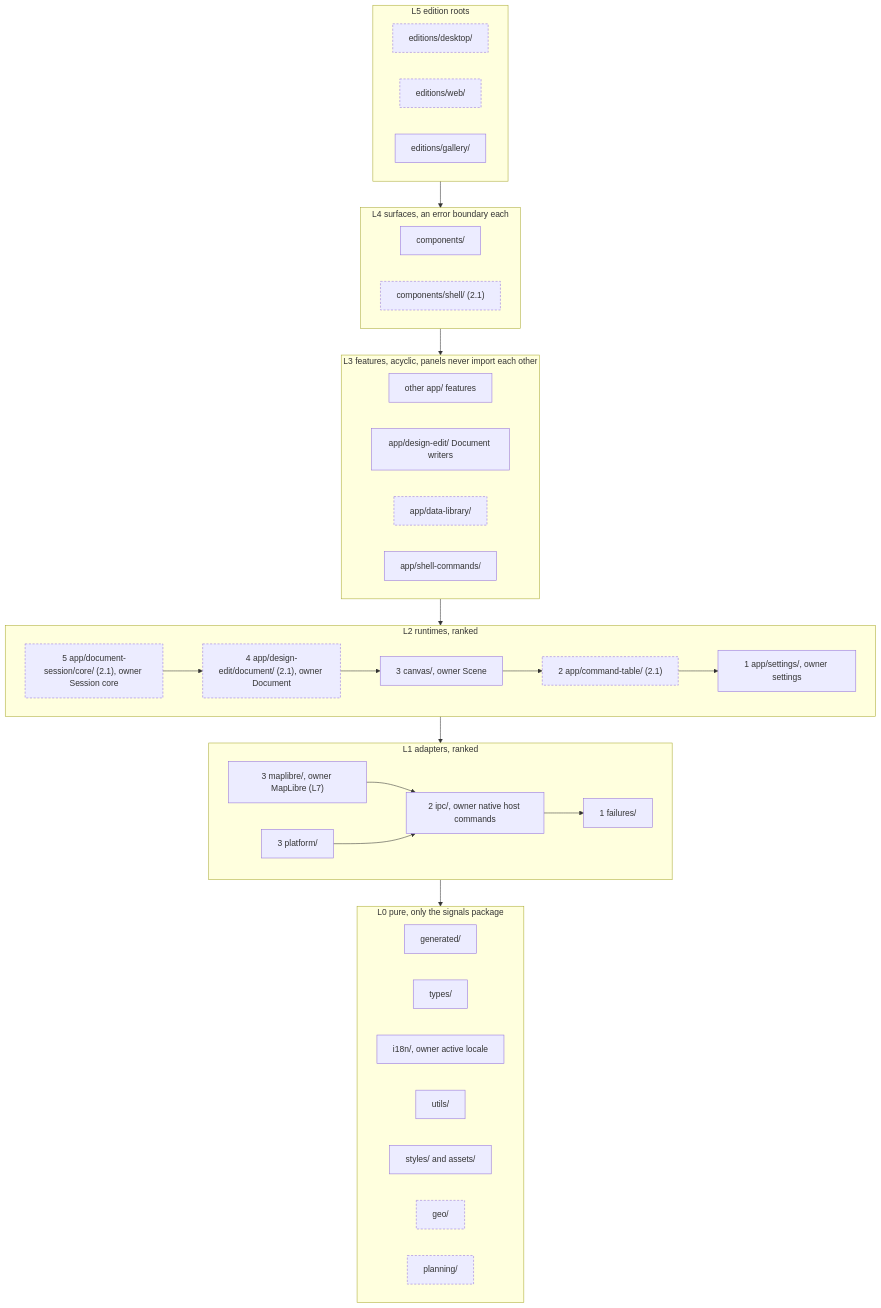
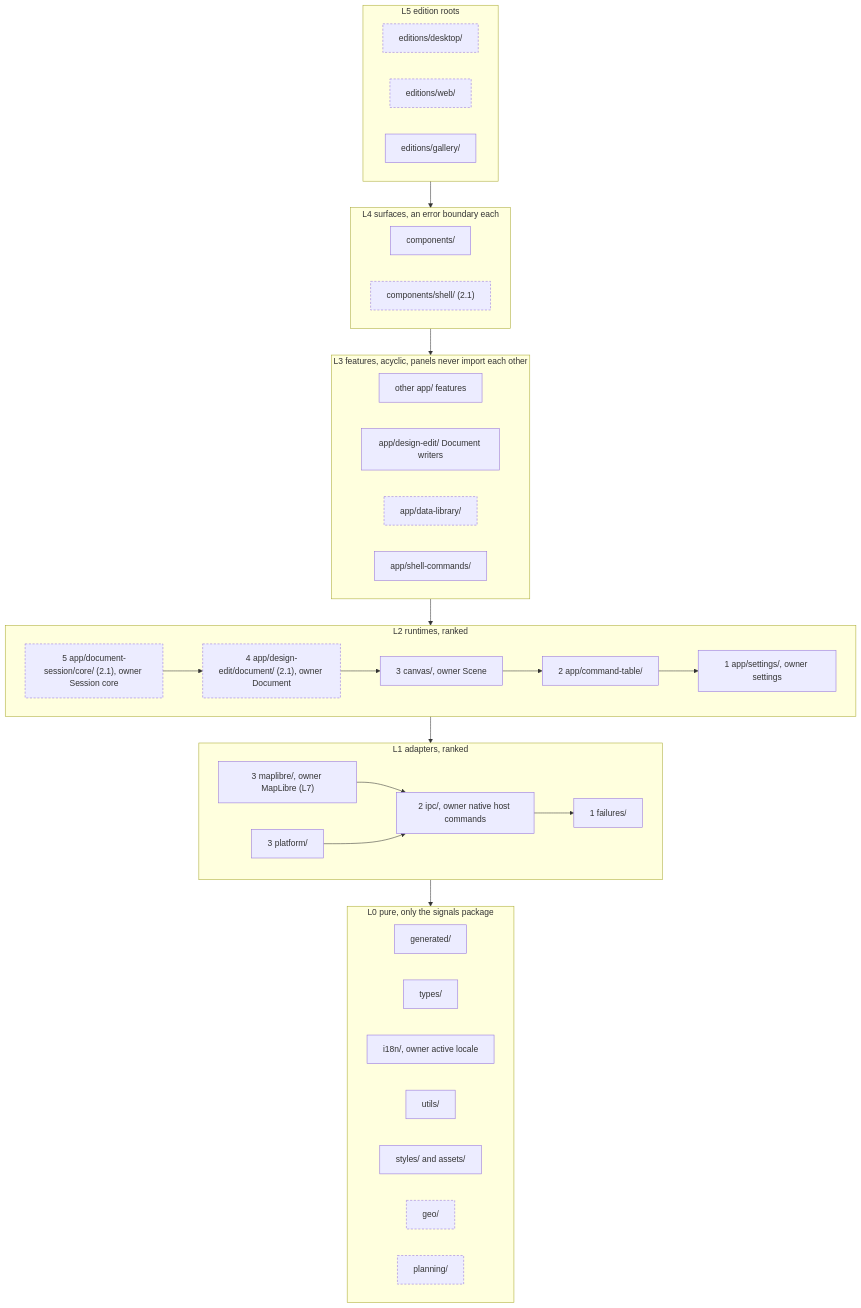
The fourth of 8 diagrams in docs/architecture/components.md (opencanopi/canopi), drawn with Mermaid before and after one commit. The commit also changed 44 other files, not shown here.

````diff
--- a/docs/architecture/components.md
+++ b/docs/architecture/components.md
@@ -148,53 +148,53 @@
 ```mermaid
 flowchart TB
   classDef target stroke-dasharray: 4 3
   subgraph L5["L5 edition roots"]
     ed["editions/desktop/"]:::target
     ew["editions/web/"]:::target
     eg["editions/gallery/"]
   end
   subgraph L4["L4 surfaces, an error boundary each"]
     comp["components/"]
     shellc["components/shell/ (2.1)"]:::target
   end
   subgraph L3["L3 features, acyclic, panels never import each other"]
     feat["other app/ features"]
     dedit["app/design-edit/ Document writers"]
     dlib["app/data-library/"]:::target
     sc["app/shell-commands/"]
   end
   subgraph L2["L2 runtimes, ranked"]
     set["1 app/settings/, owner settings"]
-    cmd["2 app/command-table/ (2.1)"]:::target
+    cmd["2 app/command-table/"]
     can["3 canvas/, owner Scene"]
     doc["4 app/design-edit/document/ (2.1), owner Document"]:::target
     core["5 app/document-session/core/ (2.1), owner Session core"]:::target
   end
   subgraph L1["L1 adapters, ranked"]
     fail["1 failures/"]
     ipc["2 ipc/, owner native host commands"]
     ml["3 maplibre/, owner MapLibre (L7)"]
     plat["3 platform/"]
   end
   subgraph L0["L0 pure, only the signals package"]
     gen["generated/"]
     types["types/"]
     i18n["i18n/, owner active locale"]
     utils["utils/"]
     sty["styles/ and assets/"]
     geo["geo/"]:::target
     plan["planning/"]:::target
   end
   L5 --> L4
   L4 --> L3
   L3 --> L2
   L2 --> L1
   L1 --> L0
   core --> doc
   doc --> can
   can --> cmd
   cmd --> set
   ml --> ipc
   plat --> ipc
   ipc --> fail
 ```
````
